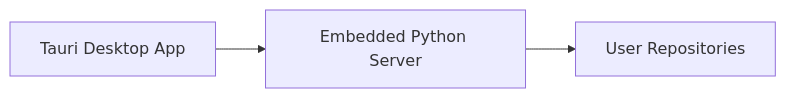
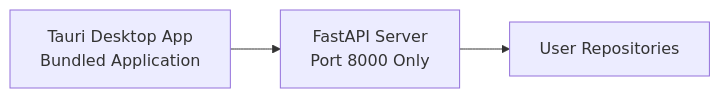
The fourth of 4 diagrams in docs/architecture/overview.md (boost-edu-tools/gitinspectorgui), drawn with Mermaid before and after one commit. The commit also changed other lines of this file and 11 other files, not shown here.

First line of the commit message:
docs: restructure development documentation with comprehensive port and architecture details

````diff
--- a/docs/architecture/overview.md
+++ b/docs/architecture/overview.md
@@ -126,5 +131,5 @@
 ```mermaid
 graph LR
-    A[Tauri Desktop App] --> B[Embedded Python Server]
+    A[Tauri Desktop App<br/>Bundled Application] --> B[FastAPI Server<br/>Port 8000 Only]
     B --> C[User Repositories]
 ```
````
